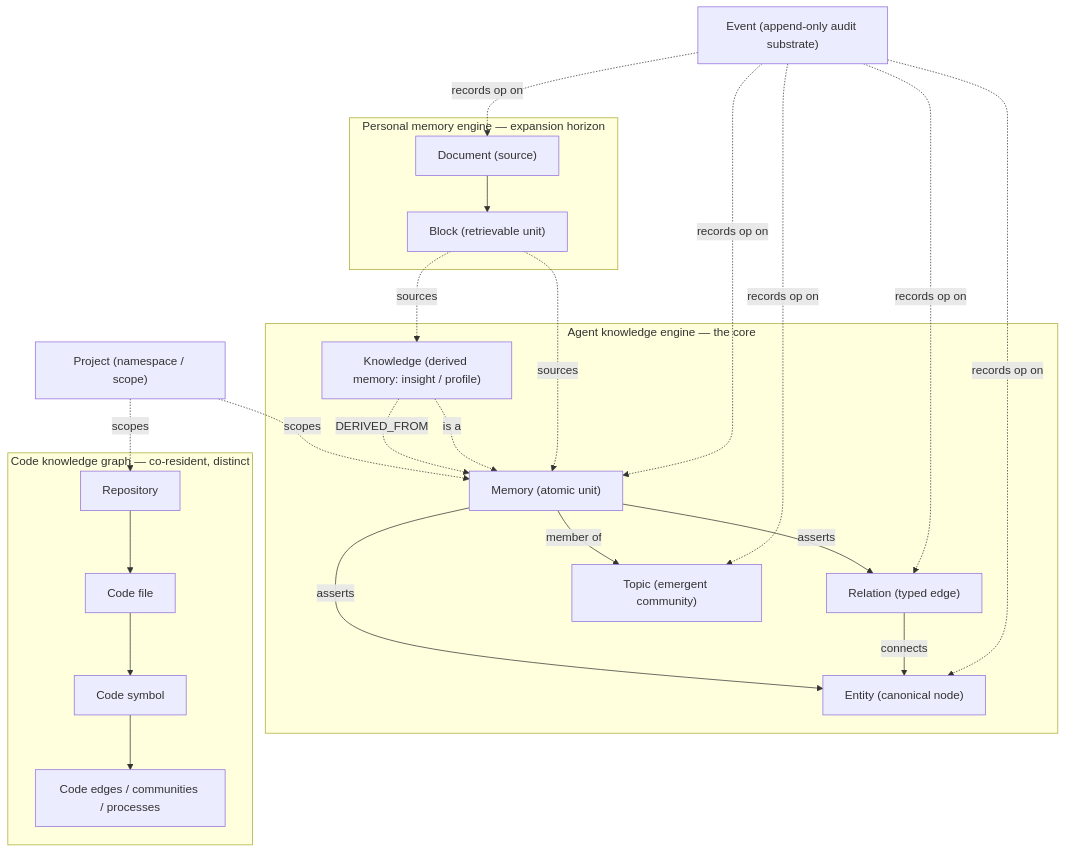
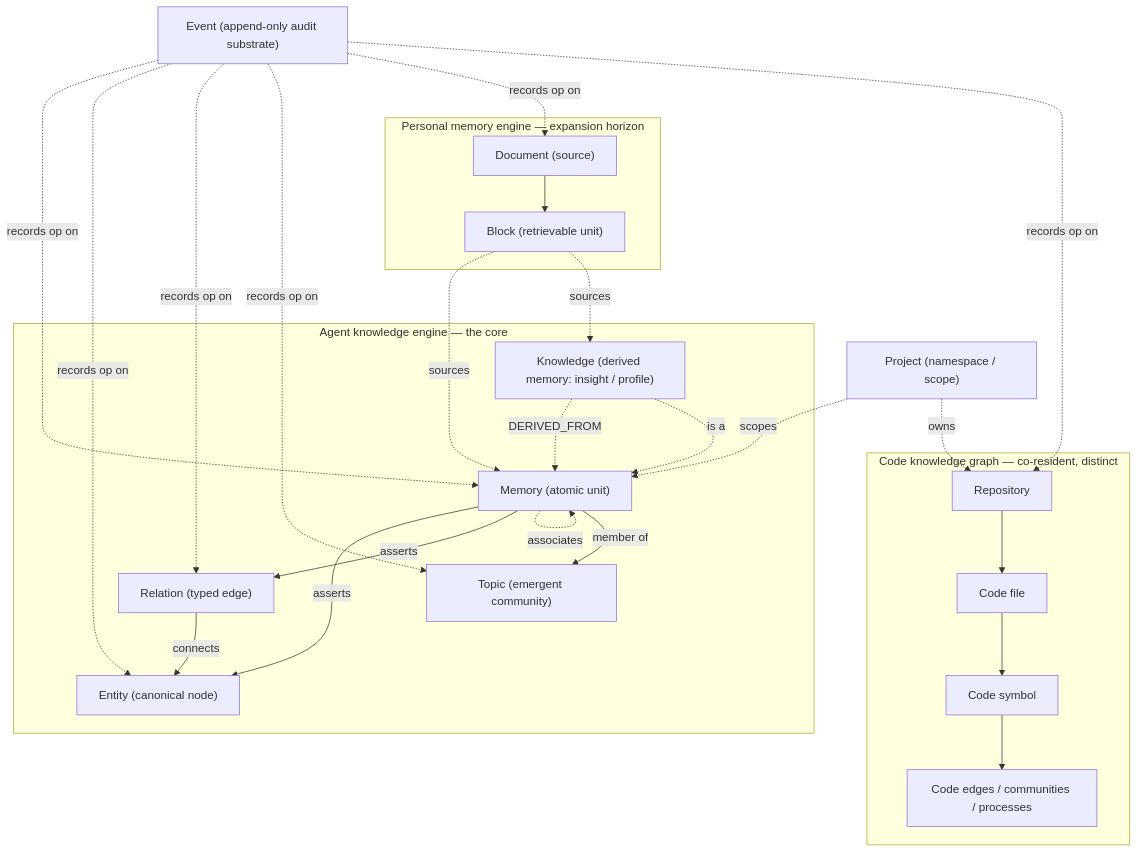
Before and after one commit to darkraise/darkmem: the diagram in docs/design/01-domain-model-and-business-flows.md, drawn with Mermaid. The commit also changed other lines of this file, not shown here.

Commit message:
docs(design): doc 01 — memory-relation graph + project-repo bridge (Fable-verified)

````diff
--- a/docs/design/01-domain-model-and-business-flows.md
+++ b/docs/design/01-domain-model-and-business-flows.md
@@ -22,40 +22,42 @@
 ```mermaid
 graph TD
     Project["Project (namespace / scope)"]
 
     subgraph CORE["Agent knowledge engine — the core"]
         Memory["Memory (atomic unit)"]
         Entity["Entity (canonical node)"]
         Relation["Relation (typed edge)"]
         Topic["Topic (emergent community)"]
         Knowledge["Knowledge (derived memory: insight / profile)"]
     end
 
     subgraph CODE["Code knowledge graph — co-resident, distinct"]
         Repo["Repository"] --> CFile["Code file"]
         CFile --> Symbol["Code symbol"]
         Symbol --> CGraph["Code edges / communities / processes"]
     end
 
     subgraph HORIZON["Personal memory engine — expansion horizon"]
         Document["Document (source)"] --> Block["Block (retrievable unit)"]
     end
 
     Event["Event (append-only audit substrate)"]
 
     Project -. scopes .-> Memory
-    Project -. scopes .-> Repo
+    Project -. owns .-> Repo
     Memory -- asserts --> Entity
     Memory -- asserts --> Relation
     Relation -- connects --> Entity
+    Memory -. associates .-> Memory
     Memory -- member of --> Topic
     Knowledge -. DERIVED_FROM .-> Memory
     Knowledge -. is a .-> Memory
     Block -. sources .-> Memory
     Block -. sources .-> Knowledge
     Event -. records op on .-> Memory
     Event -. records op on .-> Entity
     Event -. records op on .-> Relation
     Event -. records op on .-> Topic
     Event -. records op on .-> Document
+    Event -. records op on .-> Repo
 ```
````
